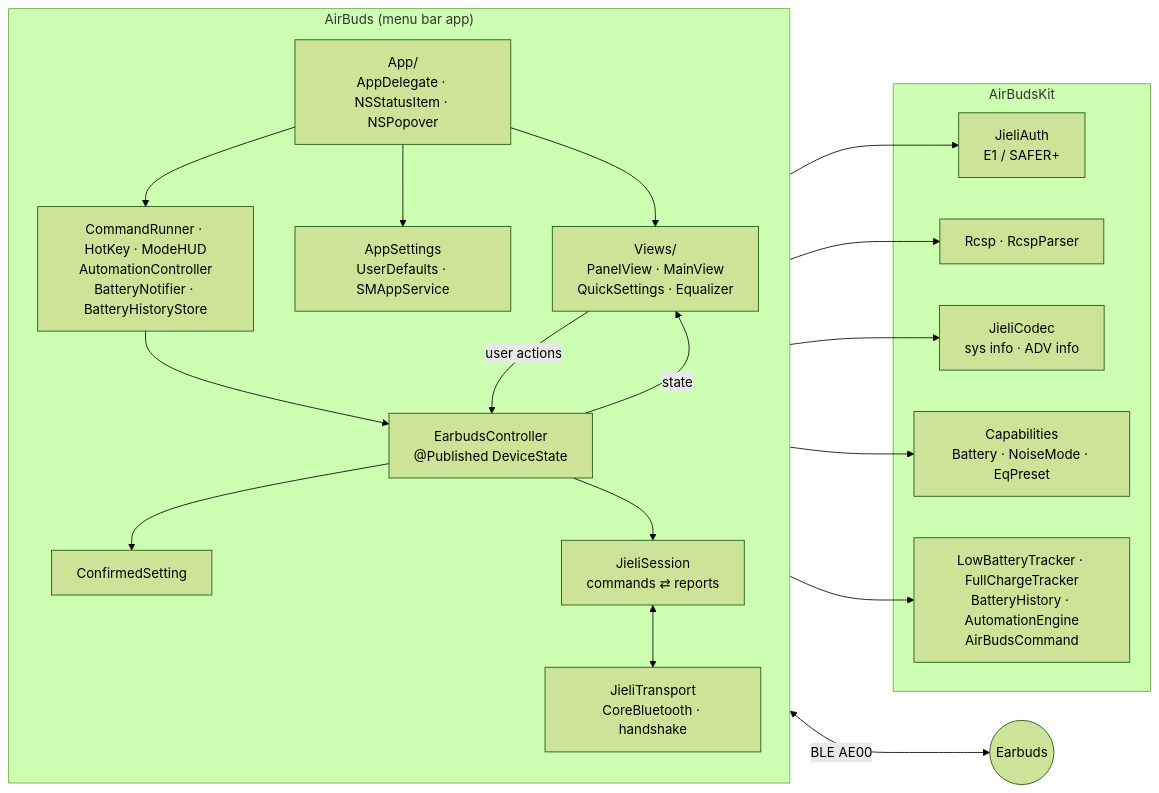
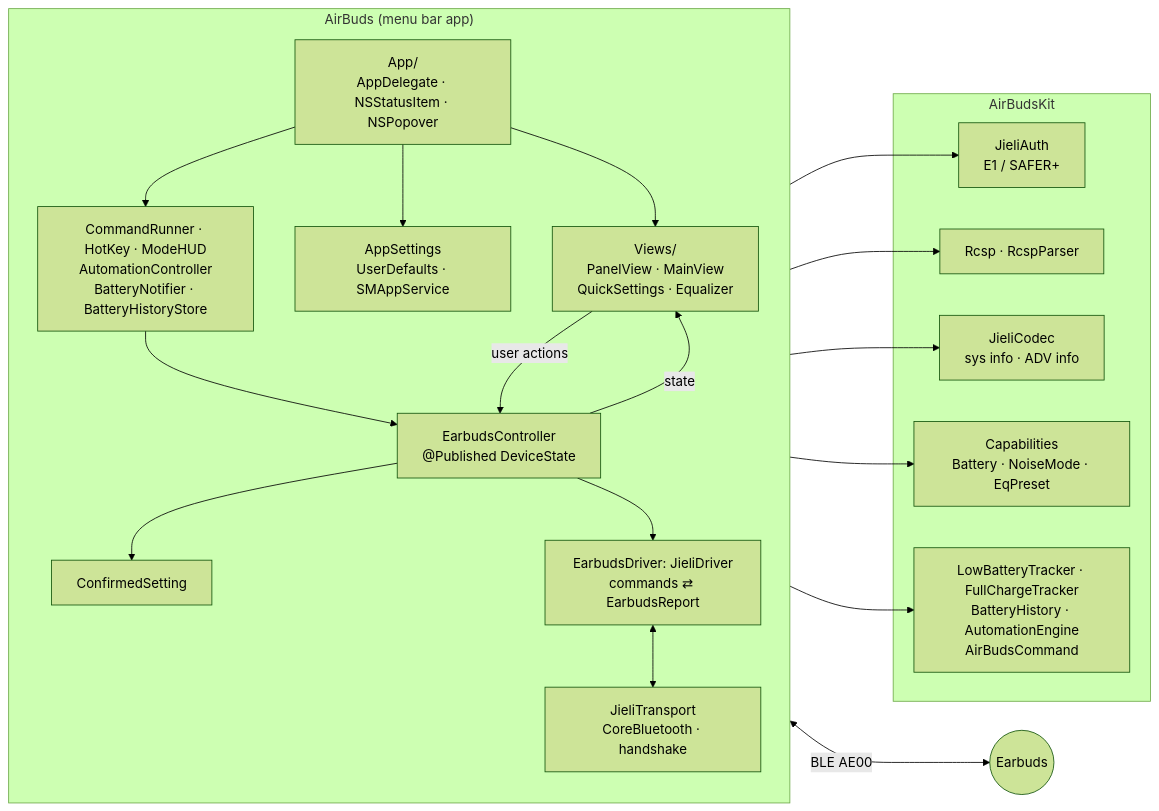
One commit to abdullahmia/airbuds changed the first of 4 diagrams in docs/ARCHITECTURE.md. Above: the diagram before and after it, drawn with Mermaid (forest theme). The commit also changed other lines of this file and 13 other files, not shown here.

First line of the commit message:
Add a brand-neutral driver layer between the controller and Jieli

````diff
--- a/docs/ARCHITECTURE.md
+++ b/docs/ARCHITECTURE.md
@@ -17,38 +17,38 @@
 ```mermaid
 flowchart LR
     subgraph App["AirBuds (menu bar app)"]
         direction TB
         Main["App/<br/>AppDelegate · NSStatusItem · NSPopover"]
         Views["Views/<br/>PanelView · MainView<br/>QuickSettings · Equalizer"]
         Controller["EarbudsController<br/>@Published DeviceState"]
         Confirm["ConfirmedSetting"]
-        Session["JieliSession<br/>commands ⇄ reports"]
+        Session["EarbudsDriver: JieliDriver<br/>commands ⇄ EarbudsReport"]
         Transport["JieliTransport<br/>CoreBluetooth · handshake"]
         Settings["AppSettings<br/>UserDefaults · SMAppService"]
         Extras["CommandRunner · HotKey · ModeHUD<br/>AutomationController<br/>BatteryNotifier · BatteryHistoryStore"]
     end
     subgraph Kit["AirBudsKit"]
         Auth["JieliAuth<br/>E1 / SAFER+"]
         Rcsp["Rcsp · RcspParser"]
         Codec["JieliCodec<br/>sys info · ADV info"]
         Models["Capabilities<br/>Battery · NoiseMode · EqPreset"]
         Logic["LowBatteryTracker · FullChargeTracker<br/>BatteryHistory · AutomationEngine<br/>AirBudsCommand"]
     end
     Buds(("Earbuds"))
 
     Main --> Views
     Main --> Settings
     Main --> Extras
     Extras --> Controller
     Extras --> Logic
     Views -- "user actions" --> Controller
     Controller -- "state" --> Views
     Controller --> Confirm
     Controller --> Session
     Controller --> Models
     Session --> Rcsp
     Session --> Codec
     Session <--> Transport
     Transport --> Auth
     Transport <-- "BLE AE00" --> Buds
 ```
````
